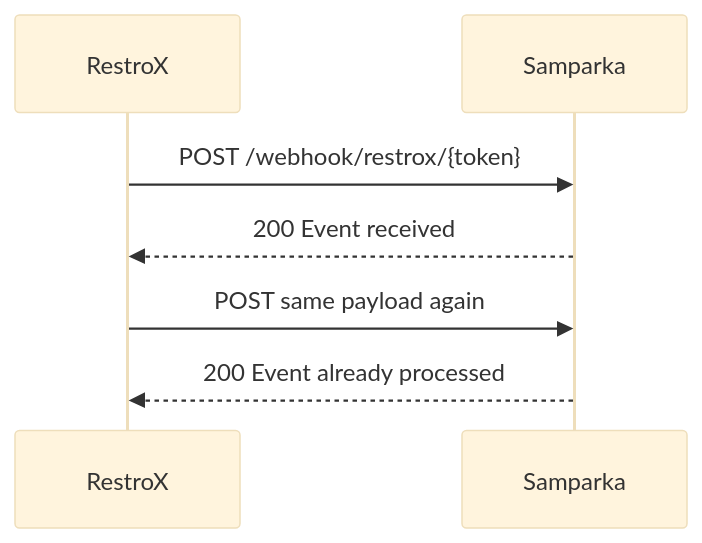
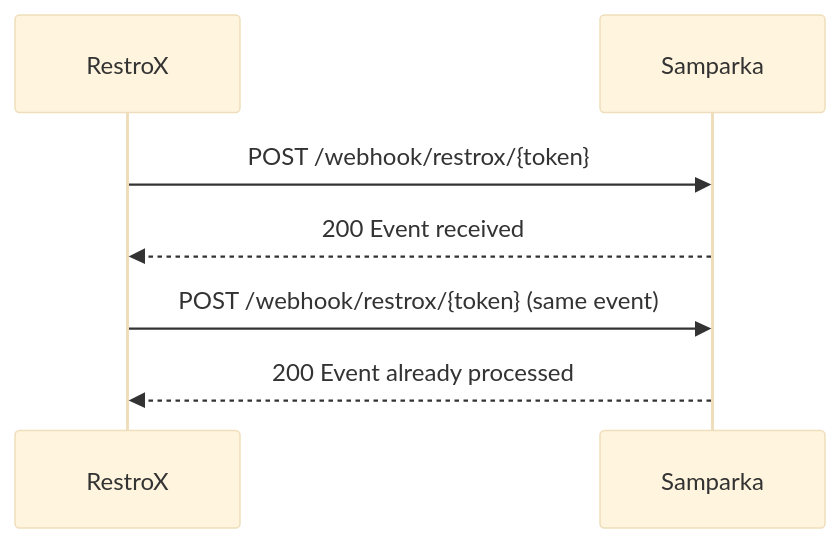
Before and after one commit to krischal07/docs: the diagram in integrations/restrox/idempotency.md, drawn with Mermaid (base theme). The commit also changed other lines of this file and 77 other files, not shown here.

````diff
--- a/integrations/restrox/idempotency.md
+++ b/integrations/restrox/idempotency.md
@@ -54,9 +9,9 @@
 ```mermaid
 sequenceDiagram
   participant R as RestroX
   participant S as Samparka
   R->>S: POST /webhook/restrox/{token}
   S-->>R: 200 Event received
-  R->>S: POST same payload again
+  R->>S: POST /webhook/restrox/{token} (same event)
   S-->>R: 200 Event already processed
 ```
````
